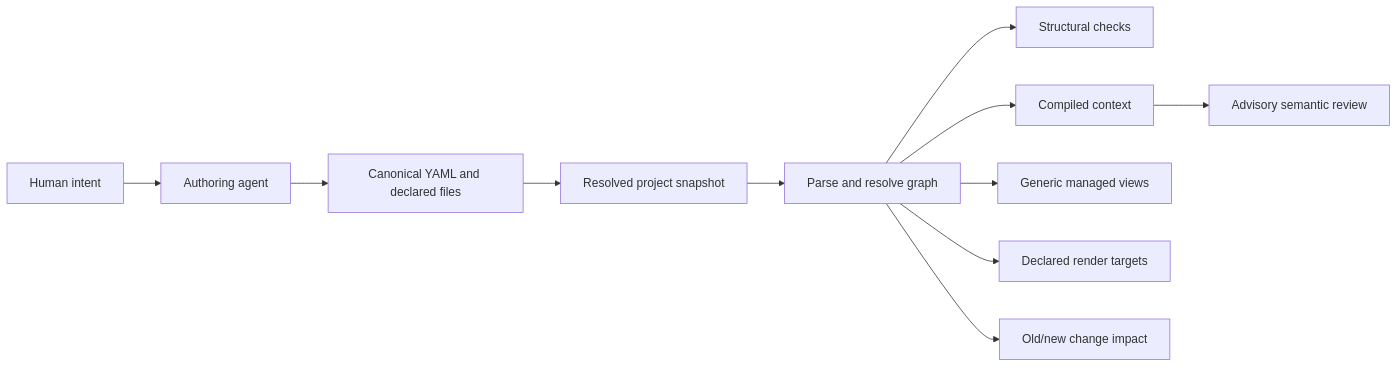
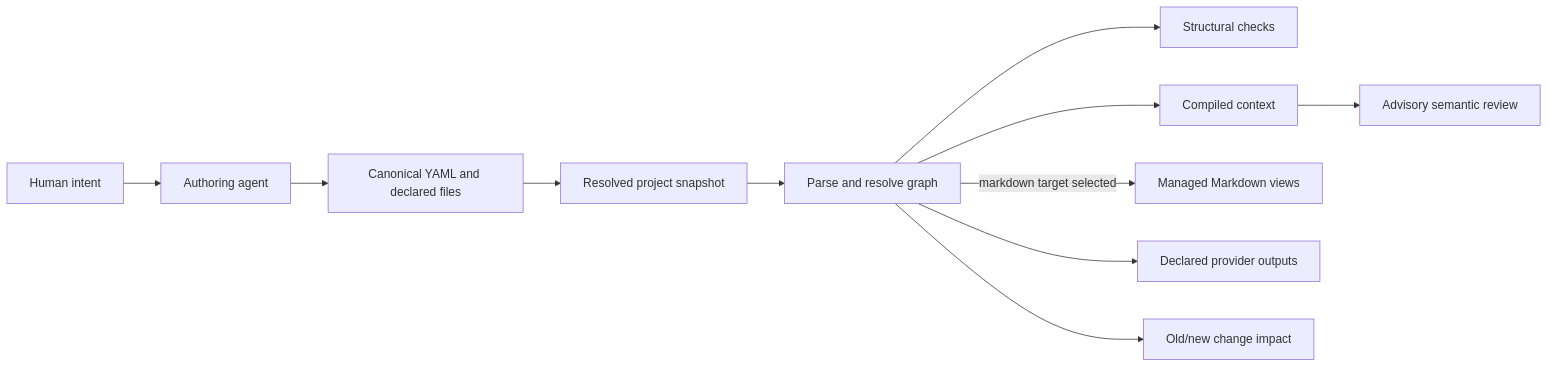
Before and after one commit to Glacius-Labs/Markitect: the diagram in docs/architecture.md, drawn with Mermaid. The commit also changed other lines of this file and 2 other files, not shown here.

Commit message:
Align layout documentation with published v0.9 behavior

````diff
--- a/docs/architecture.md
+++ b/docs/architecture.md
@@ -19,13 +19,13 @@
 ```mermaid
 flowchart LR
     Intent[Human intent] --> Agent[Authoring agent]
     Agent --> Sources[Canonical YAML and declared files]
     Sources --> Snapshot[Resolved project snapshot]
     Snapshot --> Graph[Parse and resolve graph]
     Graph --> Checks[Structural checks]
     Graph --> Context[Compiled context]
-    Graph --> Views[Generic managed views]
-    Graph --> Targets[Declared render targets]
+    Graph -->|markdown target selected| Views[Managed Markdown views]
+    Graph --> Targets[Declared provider outputs]
     Context --> Review[Advisory semantic review]
     Graph --> Impact[Old/new change impact]
 ```
````
